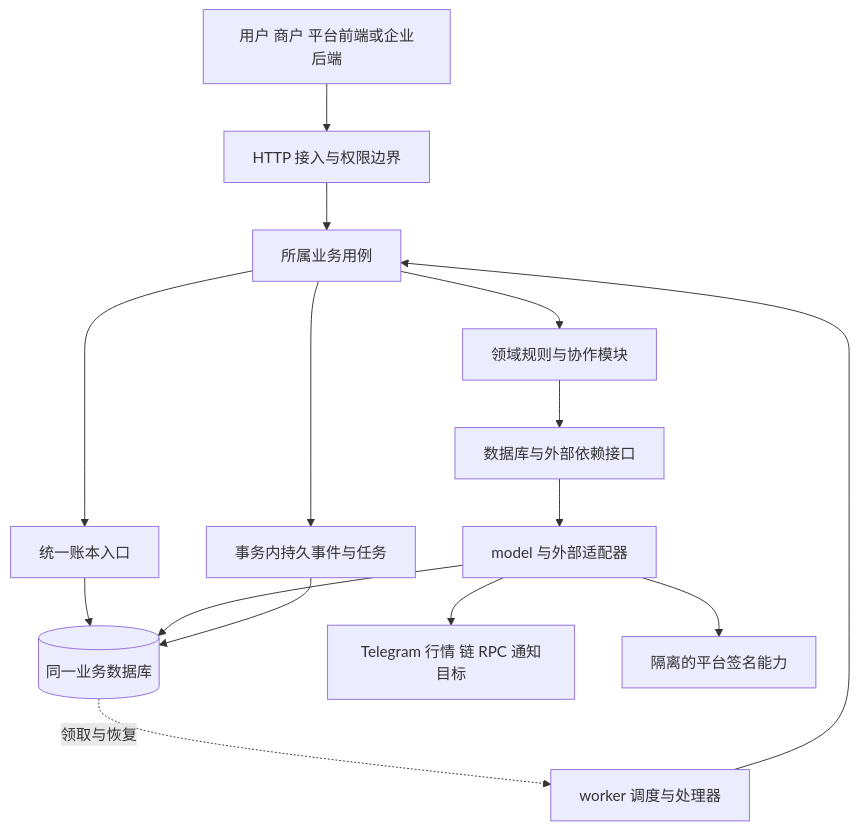
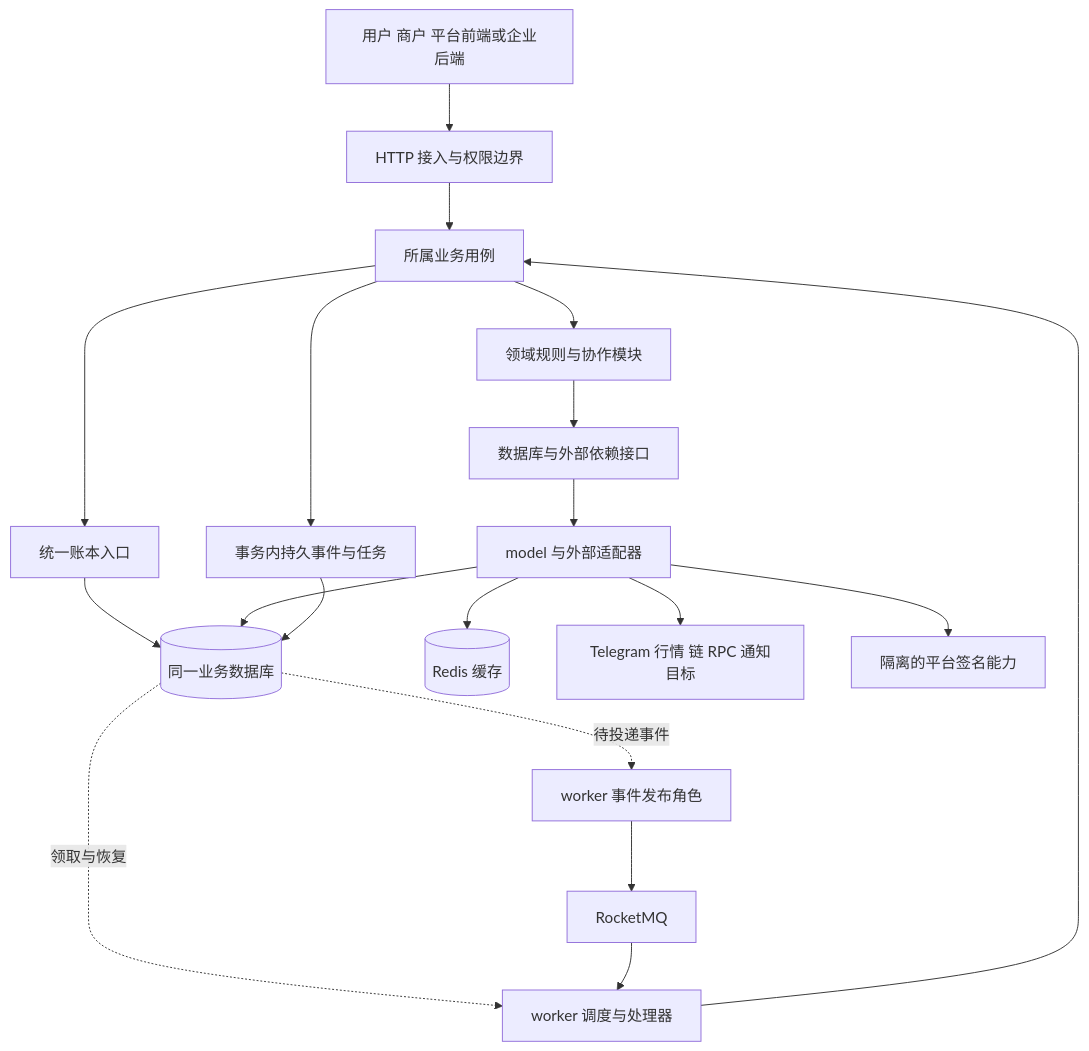
Before and after one commit to 0xabcd-k/DexWallet: the diagram in docs/design/工程工作记录/01-工程基础/1.1-工程结构与模块划分/02实施方案.md, drawn with Mermaid. The commit also changed other lines of this file and 5 other files, not shown here.

````diff
--- a/docs/design/工程工作记录/01-工程基础/1.1-工程结构与模块划分/02实施方案.md
+++ b/docs/design/工程工作记录/01-工程基础/1.1-工程结构与模块划分/02实施方案.md
@@ -133,17 +134,21 @@
 ```mermaid
 flowchart TD
     UI[用户 商户 平台前端或企业后端] --> HTTP[HTTP 接入与权限边界]
     HTTP --> Usecase[所属业务用例]
     Worker[worker 调度与处理器] --> Usecase
     Usecase --> Rules[领域规则与协作模块]
     Usecase --> Ledger[统一账本入口]
     Rules --> Port[数据库与外部依赖接口]
     Ledger --> DB[(同一业务数据库)]
     Port --> Adapter[model 与外部适配器]
     Adapter --> DB
+    Adapter --> Cache[(Redis 缓存)]
     Adapter --> External[Telegram 行情 链 RPC 通知目标]
     Adapter --> Sign[隔离的平台签名能力]
     Usecase --> Event[事务内持久事件与任务]
     Event --> DB
     DB -.领取与恢复.-> Worker
+    DB -.待投递事件.-> Relay[worker 事件发布角色]
+    Relay --> MQ[RocketMQ]
+    MQ --> Worker
 ```
````
